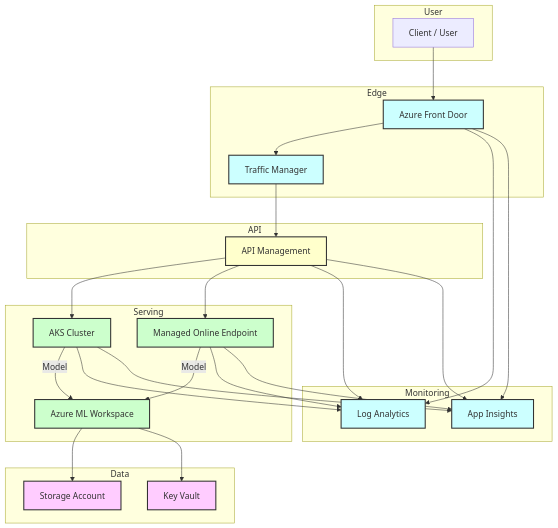
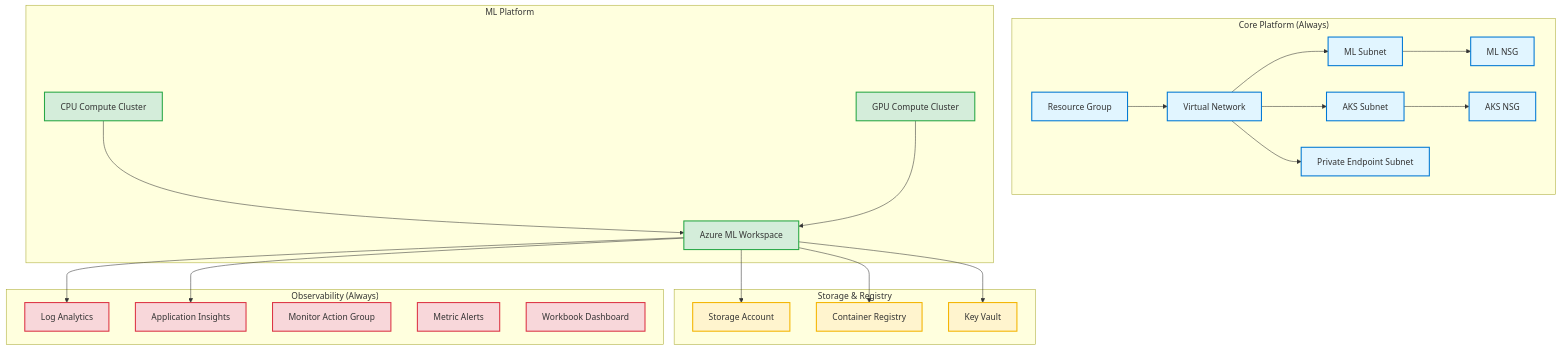
The first of 5 diagrams in documentation/dev-edge-architecture.md (suddhasish/mslearn-mlops), drawn with Mermaid before and after one commit. The commit also changed other lines of this file and 15 other files, not shown here.

````diff
--- a/documentation/dev-edge-architecture.md
+++ b/documentation/dev-edge-architecture.md
@@ -7,57 +7,56 @@
 ```mermaid
-flowchart TD
-    subgraph User
-      U1[Client / User]
+flowchart TB
+    subgraph Core["Core Platform (Always)"]
+        RG[Resource Group]
+        VNet[Virtual Network]
+        MLSubnet[ML Subnet]
+        AKSSubnet[AKS Subnet]
+        PESubnet[Private Endpoint Subnet]
+        MLNSG[ML NSG]
+        AKSNSG[AKS NSG]
     end
-    subgraph Edge
-      FD[Azure Front Door]
-      TM[Traffic Manager]
+    
+    subgraph Storage["Storage & Registry"]
+        STG[Storage Account]
+        ACR[Container Registry]
+        KV[Key Vault]
     end
-    subgraph API
-      APIM[API Management]
+    
+    subgraph MLPlatform["ML Platform"]
+        AML[Azure ML Workspace]
+        CPUCluster[CPU Compute Cluster]
+        GPUCluster[GPU Compute Cluster]
     end
-    subgraph Serving
-      AKS[AKS Cluster]
-      AML[Azure ML Workspace]
-      EP[Managed Online Endpoint]
+    
+    subgraph Monitoring["Observability (Always)"]
+        LA[Log Analytics]
+        AI[Application Insights]
+        ActionGroup[Monitor Action Group]
+        Alerts[Metric Alerts]
+        Workbook[Workbook Dashboard]
     end
-    subgraph Data
-      STG[Storage Account]
-      KV[Key Vault]
-    end
-    subgraph Monitoring
-      LA[Log Analytics]
-      AI[App Insights]
-    end
-
-    U1 --> FD
-    FD --> TM
-    TM --> APIM
-    APIM --> AKS
-    APIM --> EP
-    AKS -->|Model| AML
-    EP -->|Model| AML
+    
+    RG --> VNet
+    VNet --> MLSubnet
+    VNet --> AKSSubnet
+    VNet --> PESubnet
+    MLSubnet --> MLNSG
+    AKSSubnet --> AKSNSG
     AML --> STG
     AML --> KV
-    AKS --> LA
-    AKS --> AI
-    EP --> LA
-    EP --> AI
-    APIM --> LA
-    APIM --> AI
-    FD --> LA
-    FD --> AI
-
-    classDef infra fill:#f9f,stroke:#333,stroke-width:2px;
-    classDef monitor fill:#cff,stroke:#333,stroke-width:2px;
-    classDef data fill:#fcf,stroke:#333,stroke-width:2px;
-    classDef api fill:#ffc,stroke:#333,stroke-width:2px;
-    classDef edge fill:#cff,stroke:#333,stroke-width:2px;
-    classDef serving fill:#cfc,stroke:#333,stroke-width:2px;
-
-    class FD,TM edge;
-    class APIM api;
-    class AKS,AML,EP serving;
-    class STG,KV data;
-    class LA,AI monitor;
+    AML --> ACR
+    AML --> LA
+    AML --> AI
+    CPUCluster --> AML
+    GPUCluster --> AML
+    
+    classDef core fill:#e1f5ff,stroke:#0078d4,stroke-width:2px;
+    classDef storage fill:#fff4ce,stroke:#f4b400,stroke-width:2px;
+    classDef ml fill:#d4edda,stroke:#28a745,stroke-width:2px;
+    classDef monitor fill:#f8d7da,stroke:#dc3545,stroke-width:2px;
+    
+    class RG,VNet,MLSubnet,AKSSubnet,PESubnet,MLNSG,AKSNSG core;
+    class STG,ACR,KV storage;
+    class AML,CPUCluster,GPUCluster ml;
+    class LA,AI,ActionGroup,Alerts,Workbook monitor;
 ```
````
